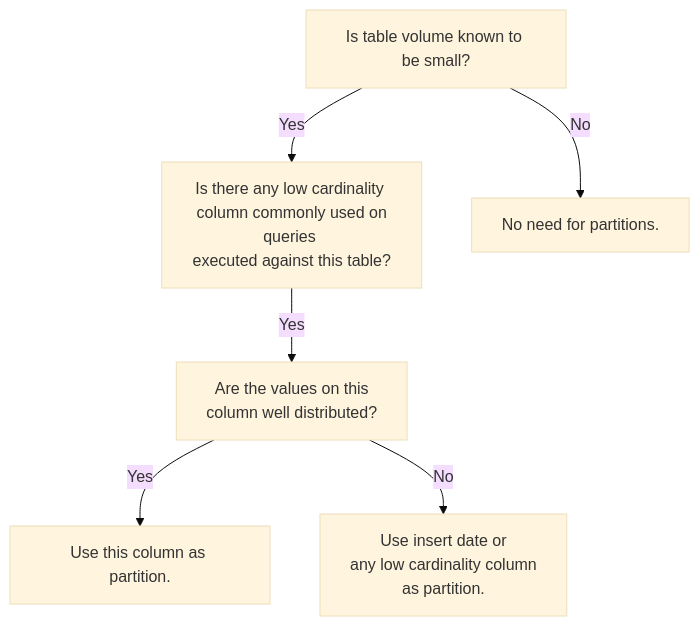
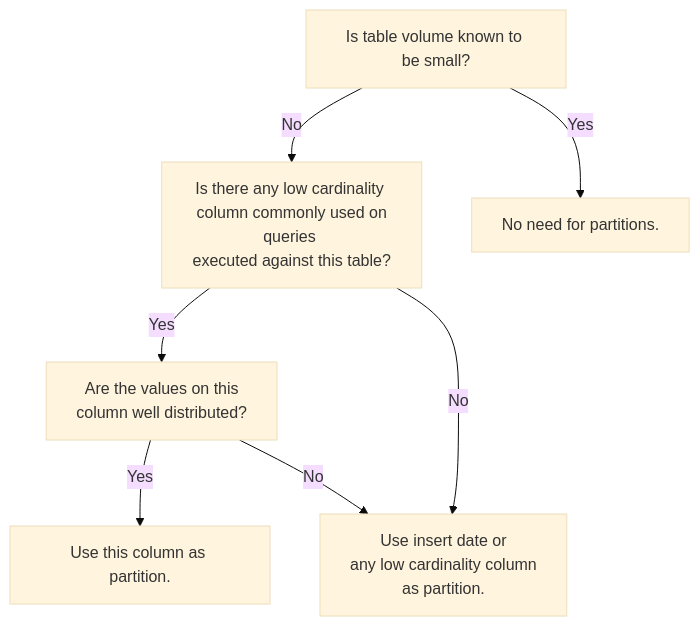
The diagram in docs/table_optimizations.md (jayam923/brewdat-pltfrm-ghq-tech-template-adb), drawn with Mermaid (base theme) before and after one commit. The commit also changed other lines of this file, not shown here.

````diff
--- a/docs/table_optimizations.md
+++ b/docs/table_optimizations.md
@@ -118,8 +117,9 @@
 ```mermaid
 graph TD;
-    A[Is table volume known to be small?]-- Yes -->B[Is there any low cardinality <br> column commonly used on queries <br>executed against this table?];
+    A[Is table volume known to be small?]-- No -->B[Is there any low cardinality <br> column commonly used on queries <br>executed against this table?];
     B-- Yes -->D[Are the values on this <br> column well distributed?];
-    A-- No -->C[No need for partitions.];
+    A-- Yes -->C[No need for partitions.];
     D-- Yes -->F[Use this column as partition.];
-    D-- No -->G[Use insert date or <br>any low cardinality column <br> as partition.];
+    B -- No -->G[Use insert date or <br>any low cardinality column <br> as partition.];
+    D-- No -->G
 ```
````
